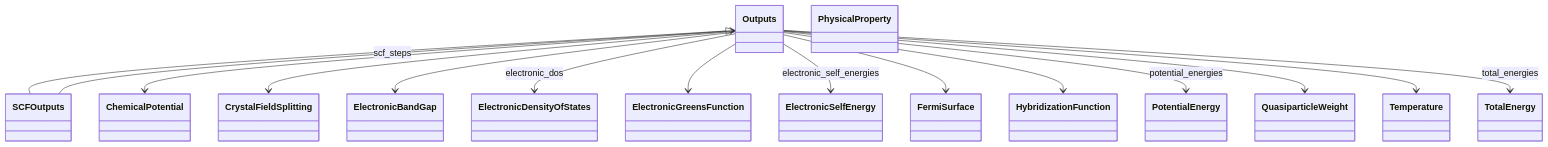
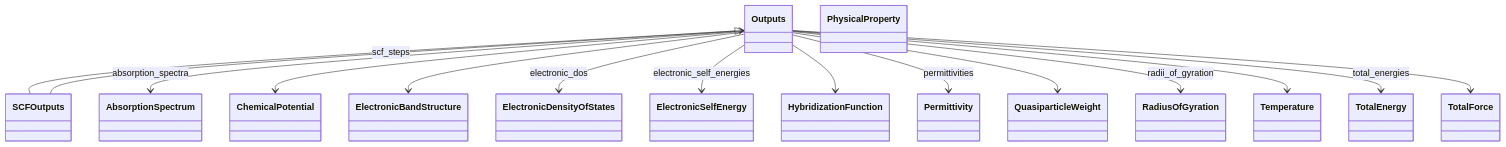
Before and after one commit to FAIRmat-NFDI/nomad-simulations: the first of 2 diagrams in docs/schema/outputs.diagram.md, drawn with Mermaid. The commit also changed 2 other files, not shown here.

Commit message:
docs integrity

````diff
--- a/docs/schema/outputs.diagram.md
+++ b/docs/schema/outputs.diagram.md
@@ -15,47 +15,47 @@
 ```mermaid
 classDiagram
+    class AbsorptionSpectrum {
+    }
     class ChemicalPotential {
     }
-    class CrystalFieldSplitting {
-    }
-    class ElectronicBandGap {
+    class ElectronicBandStructure {
     }
     class ElectronicDensityOfStates {
     }
-    class ElectronicGreensFunction {
-    }
     class ElectronicSelfEnergy {
-    }
-    class FermiSurface {
     }
     class HybridizationFunction {
     }
     class Outputs {
     }
+    class Permittivity {
+    }
     class PhysicalProperty {
     }
-    class PotentialEnergy {
+    class QuasiparticleWeight {
     }
-    class QuasiparticleWeight {
+    class RadiusOfGyration {
     }
     class SCFOutputs {
     }
     class Temperature {
     }
     class TotalEnergy {
     }
+    class TotalForce {
+    }
     Outputs <|-- SCFOutputs
+    Outputs --> AbsorptionSpectrum : absorption_spectra
     Outputs --> ChemicalPotential
-    Outputs --> CrystalFieldSplitting
-    Outputs --> ElectronicBandGap
+    Outputs --> ElectronicBandStructure
     Outputs --> ElectronicDensityOfStates : electronic_dos
-    Outputs --> ElectronicGreensFunction
     Outputs --> ElectronicSelfEnergy : electronic_self_energies
-    Outputs --> FermiSurface
     Outputs --> HybridizationFunction
-    Outputs --> PotentialEnergy : potential_energies
+    Outputs --> Permittivity : permittivities
     Outputs --> QuasiparticleWeight
+    Outputs --> RadiusOfGyration : radii_of_gyration
     Outputs --> Temperature
     Outputs --> TotalEnergy : total_energies
+    Outputs --> TotalForce
     SCFOutputs --> Outputs : scf_steps
 ```
````
